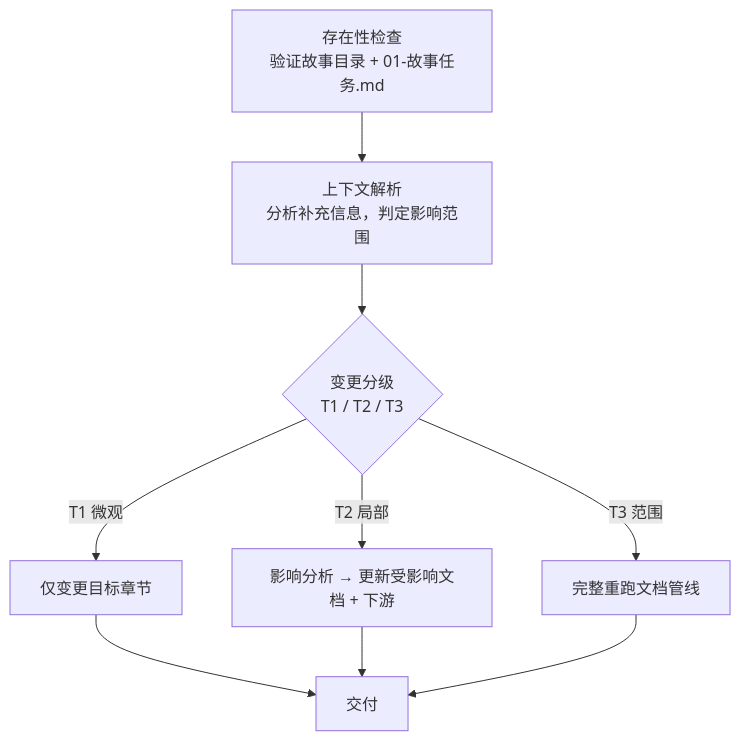
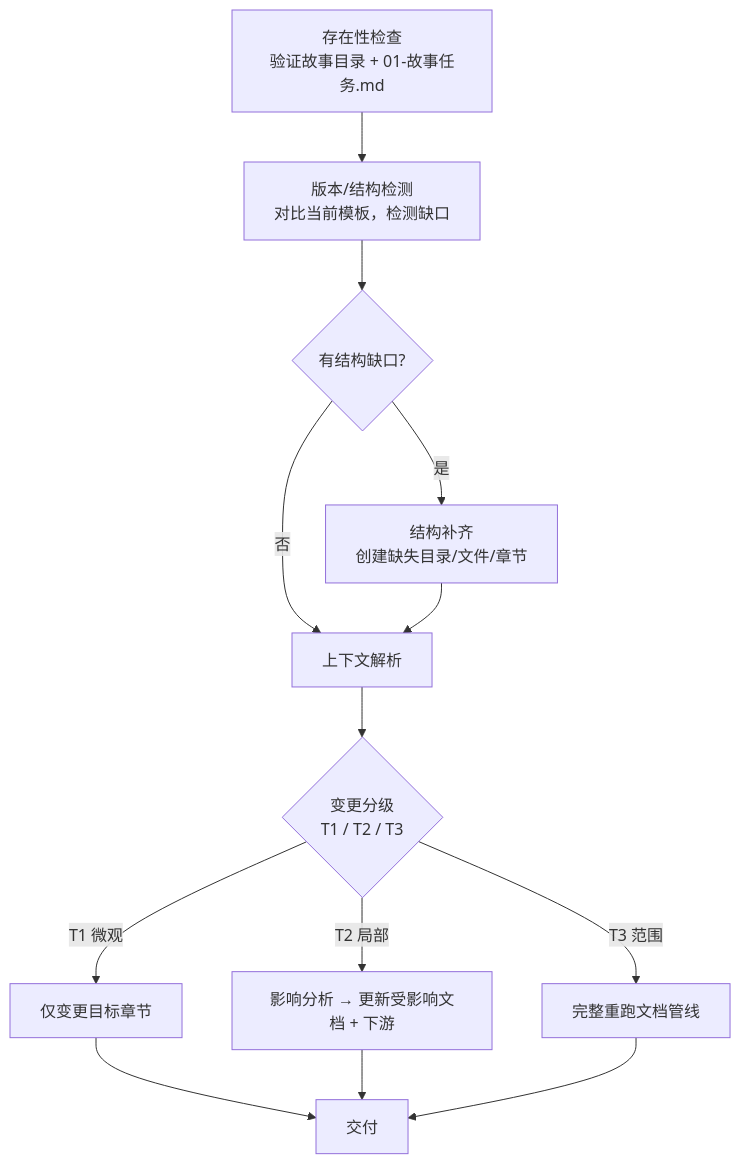
Before and after one commit to effiy/YrY: the fifth of 10 diagrams in skills/rui/SKILL.md, drawn with Mermaid. The commit also changed other lines of this file and 2 other files, not shown here.

````diff
--- a/skills/rui/SKILL.md
+++ b/skills/rui/SKILL.md
@@ -194,11 +197,15 @@
 ```mermaid
 flowchart TD
-    CHECK["存在性检查<br/>验证故事目录 + 01-故事任务.md"] --> PARSE["上下文解析<br/>分析补充信息，判定影响范围"]
+    CHECK["存在性检查<br/>验证故事目录 + 01-故事任务.md"] --> DETECT["版本/结构检测<br/>对比当前模板，检测缺口"]
+    DETECT --> GAPS{"有结构缺口?"}
+    GAPS -->|是| UPGRADE["结构补齐<br/>创建缺失目录/文件/章节"]
+    GAPS -->|否| PARSE["上下文解析"]
+    UPGRADE --> PARSE
     PARSE --> CLASSIFY{"变更分级<br/>T1 / T2 / T3"}
     CLASSIFY -->|T1 微观| T1["仅变更目标章节"]
     CLASSIFY -->|T2 局部| T2["影响分析 → 更新受影响文档 + 下游"]
     CLASSIFY -->|T3 范围| T3["完整重跑文档管线"]
     T1 --> DELIVER_U["交付"]
     T2 --> DELIVER_U
     T3 --> DELIVER_U
 ```
````
